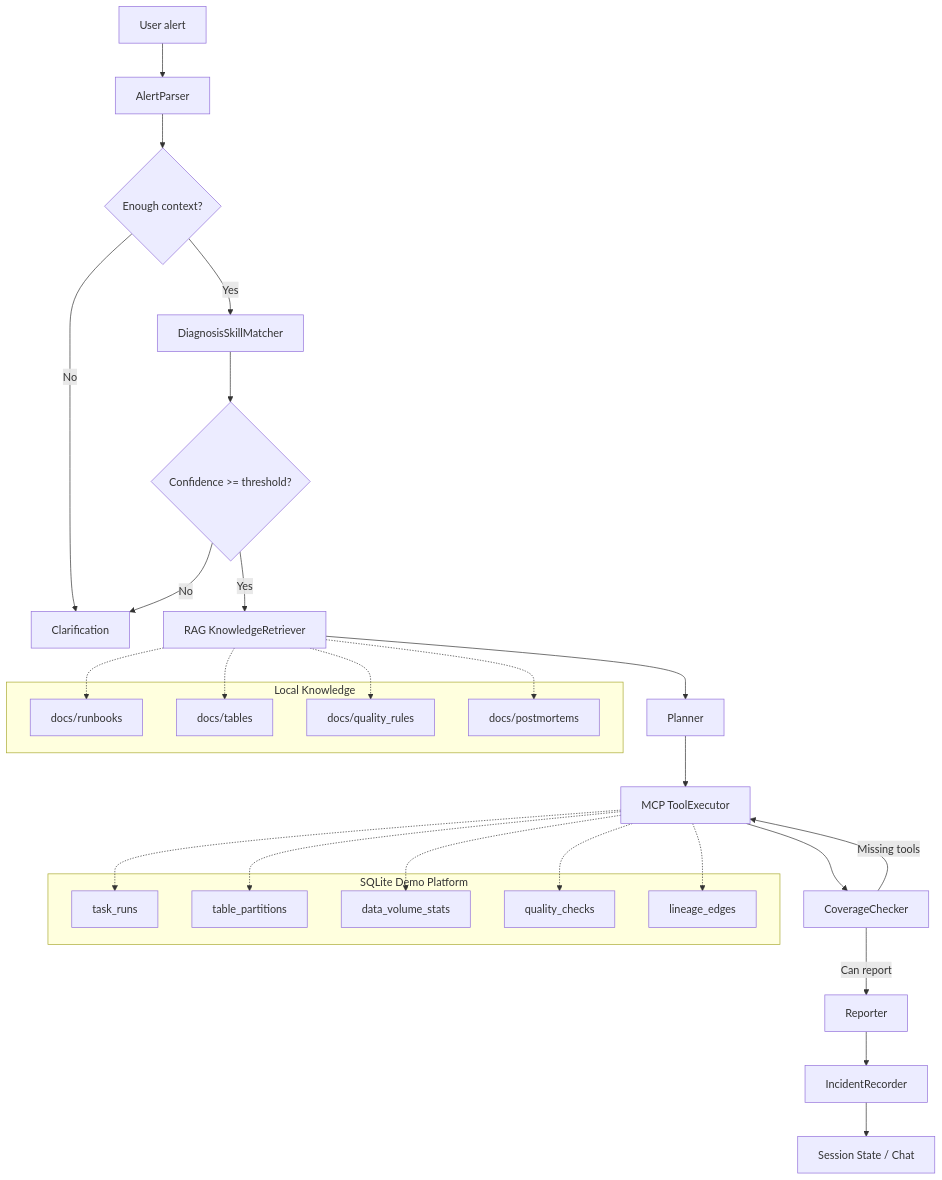
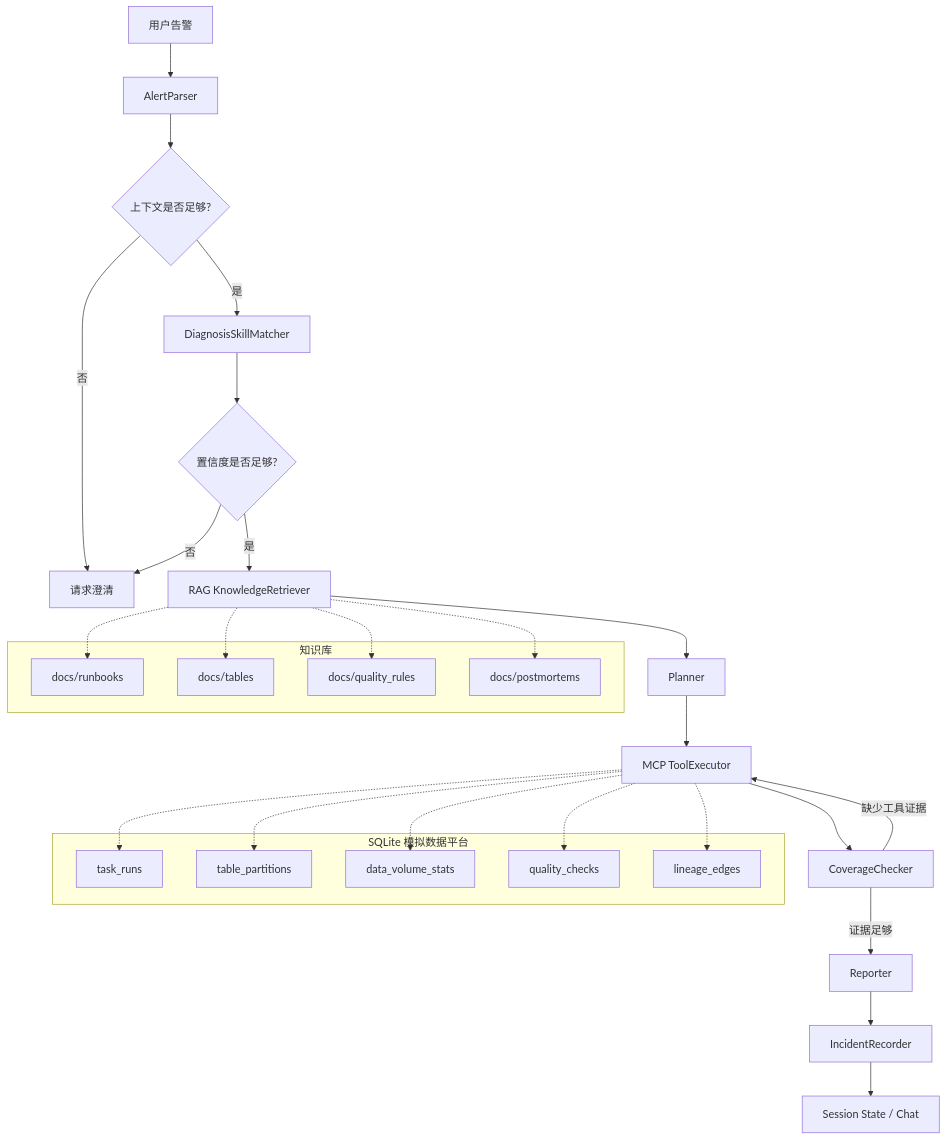
One commit to ZJH-K/dataops-oncall-agent changed the diagram in README.md. Above: the diagram before and after it, drawn with Mermaid. The commit also changed other lines of this file, not shown here.

````diff
--- a/README.md
+++ b/README.md
@@ -27,42 +29,42 @@
 ```mermaid
 flowchart TD
-    A["User alert"] --> B["AlertParser"]
-    B --> C{"Enough context?"}
-    C -- "No" --> C1["Clarification"]
-    C -- "Yes" --> D["DiagnosisSkillMatcher"]
-    D --> E{"Confidence >= threshold?"}
-    E -- "No" --> C1
-    E -- "Yes" --> F["RAG KnowledgeRetriever"]
+    A["用户告警"] --> B["AlertParser"]
+    B --> C{"上下文是否足够?"}
+    C -- "否" --> C1["请求澄清"]
+    C -- "是" --> D["DiagnosisSkillMatcher"]
+    D --> E{"置信度是否足够?"}
+    E -- "否" --> C1
+    E -- "是" --> F["RAG KnowledgeRetriever"]
     F --> G["Planner"]
     G --> H["MCP ToolExecutor"]
     H --> I["CoverageChecker"]
-    I -- "Missing tools" --> H
-    I -- "Can report" --> J["Reporter"]
+    I -- "缺少工具证据" --> H
+    I -- "证据足够" --> J["Reporter"]
     J --> K["IncidentRecorder"]
     K --> L["Session State / Chat"]
 
-    subgraph "Local Knowledge"
+    subgraph "知识库"
       R1["docs/runbooks"]
       R2["docs/tables"]
       R3["docs/quality_rules"]
       R4["docs/postmortems"]
     end
 
-    subgraph "SQLite Demo Platform"
+    subgraph "SQLite 模拟数据平台"
       S1["task_runs"]
       S2["table_partitions"]
       S3["data_volume_stats"]
       S4["quality_checks"]
       S5["lineage_edges"]
     end
 
     F -.-> R1
     F -.-> R2
     F -.-> R3
     F -.-> R4
     H -.-> S1
     H -.-> S2
     H -.-> S3
     H -.-> S4
     H -.-> S5
 ```
````
